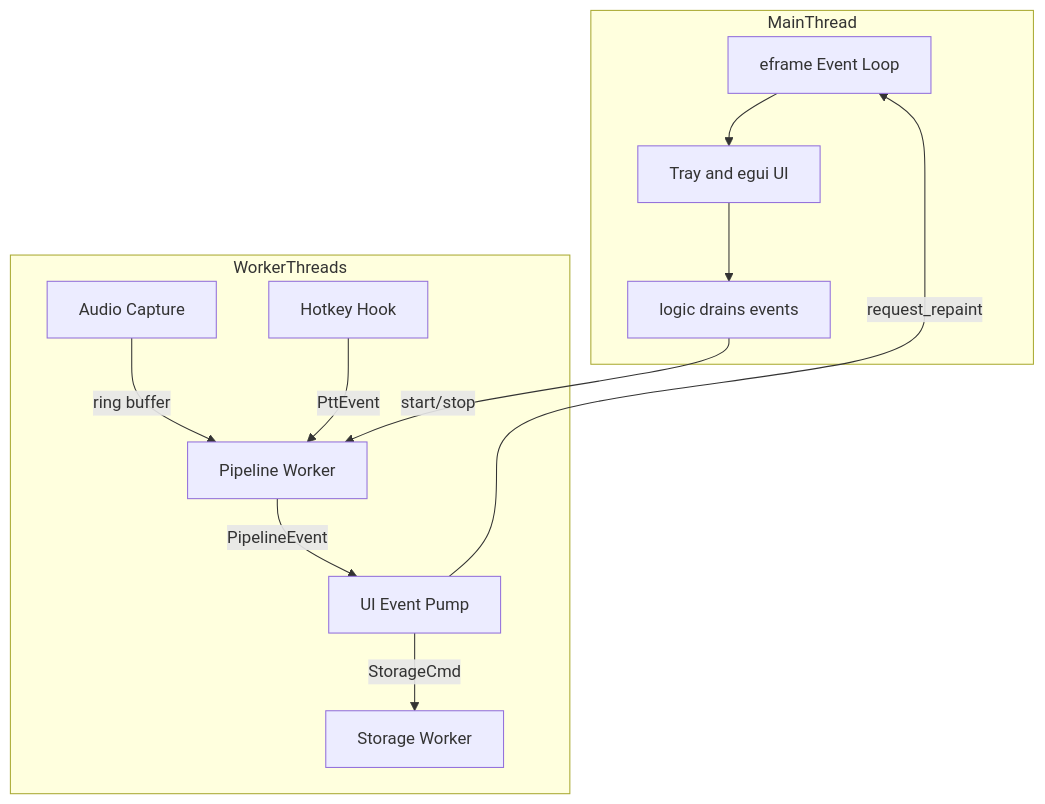
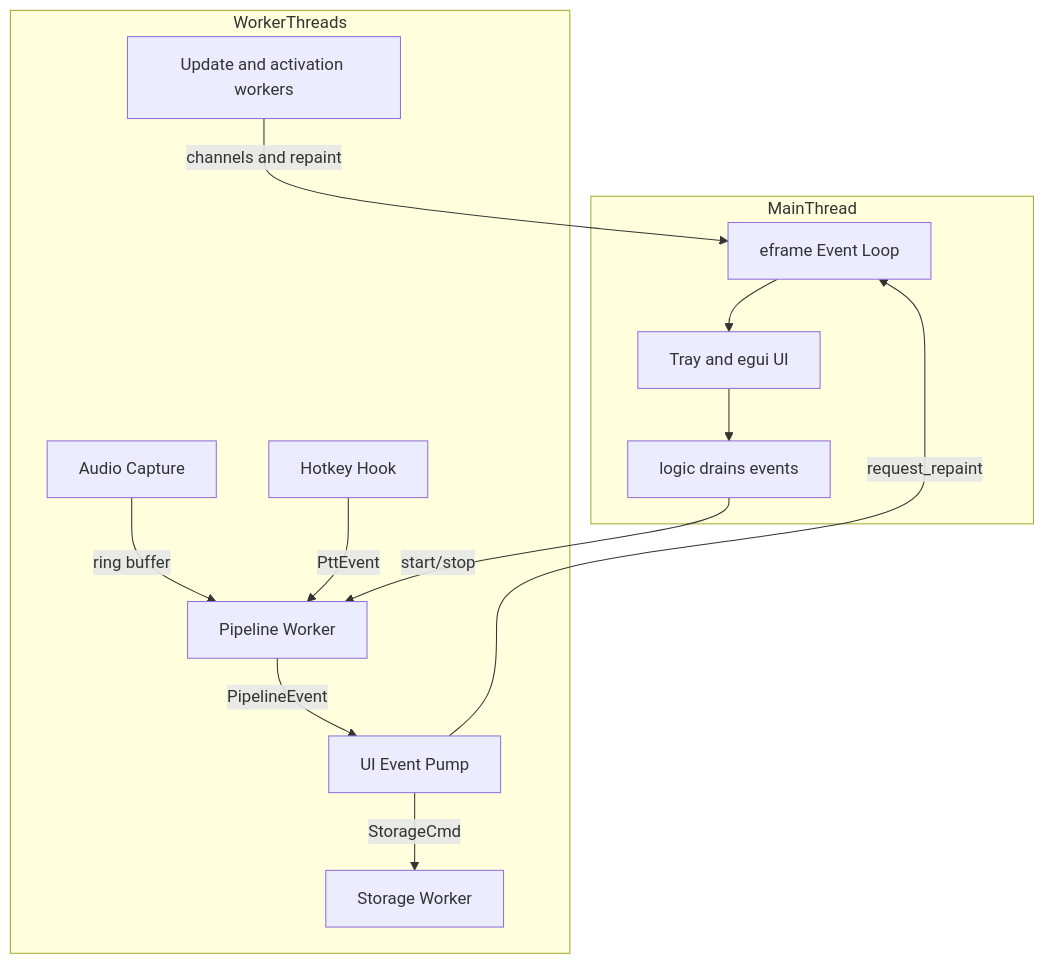
Before and after one commit to BoardPandas/Hark: the first of 3 diagrams in Docs/core/ARCHITECTURE.md, drawn with Mermaid. The commit also changed other lines of this file and 25 other files, not shown here.

````diff
--- a/Docs/core/ARCHITECTURE.md
+++ b/Docs/core/ARCHITECTURE.md
@@ -57,20 +34,22 @@
 ```mermaid
 graph TD
     subgraph MainThread
         A["eframe Event Loop"] --> B["Tray and egui UI"]
         B --> C["logic drains events"]
     end
     subgraph WorkerThreads
         D["Audio Capture"]
         E["Hotkey Hook"]
         F["Pipeline Worker"]
         G["UI Event Pump"]
         H["Storage Worker"]
+        I["Update and activation workers"]
     end
     C -->|"start/stop"| F
     D -->|"ring buffer"| F
     E -->|"PttEvent"| F
     F -->|"PipelineEvent"| G
     G -->|"request_repaint"| A
     G -->|"StorageCmd"| H
+    I -->|"channels and repaint"| A
 ```
````
